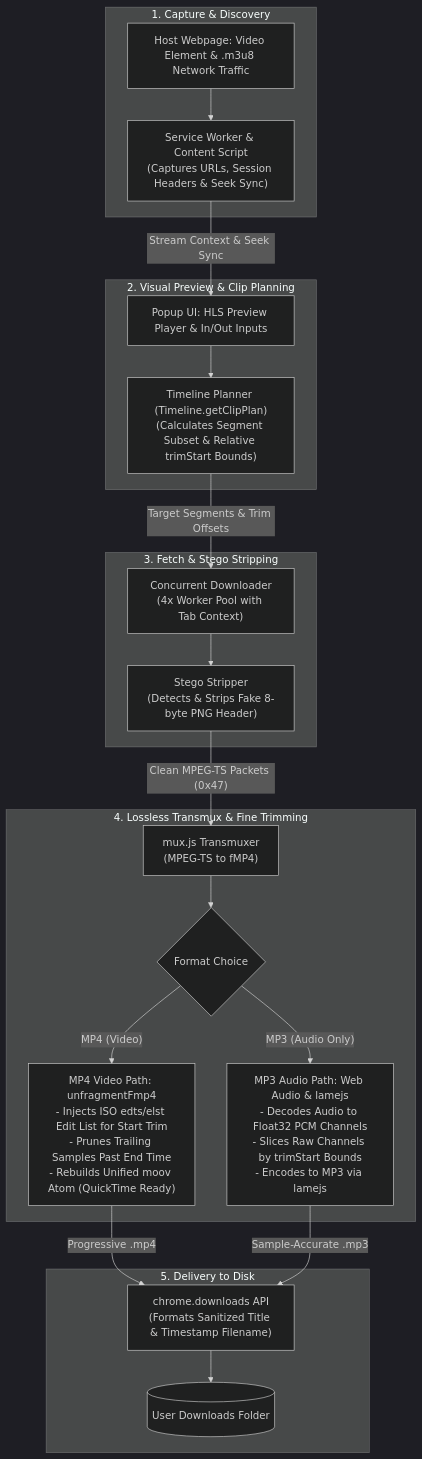
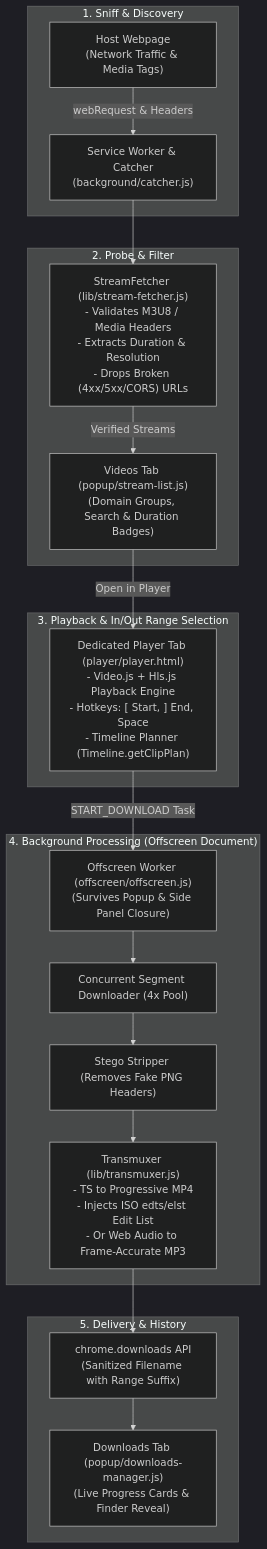
One commit to dev-ansung/stream-snip changed the diagram in README.md. Above: the diagram before and after it, drawn with Mermaid (dark theme). The commit also changed other lines of this file, not shown here.

Commit message:
docs: update README with dedicated player, offscreen processing, and stream probing

````diff
--- a/README.md
+++ b/README.md
@@ -40,61 +48,54 @@
 ```mermaid
 flowchart TD
     %% ==========================================
     %% 1. CAPTURE & DISCOVERY
     %% ==========================================
-    subgraph Step1 ["1. Capture & Discovery"]
-        Host["Host Webpage: Video Element & .m3u8 Network Traffic"]
-        Sniff["Service Worker & Content Script\n(Captures URLs, Session Headers & Seek Sync)"]
-        Host --> Sniff
+    subgraph Step1 ["1. Sniff & Discovery"]
+        Host["Host Webpage\n(Network Traffic & Media Tags)"]
+        SW["Service Worker & Catcher\n(background/catcher.js)"]
+        Host -->|"webRequest & Headers"| SW
     end
 
     %% ==========================================
-    %% 2. VISUAL PREVIEW & CLIP PLANNING
+    %% 2. PROBE & STREAM SELECTION
     %% ==========================================
-    subgraph Step2 ["2. Visual Preview & Clip Planning"]
-        Preview["Popup UI: HLS Preview Player & In/Out Inputs"]
-        Planner["Timeline Planner (Timeline.getClipPlan)\n(Calculates Segment Subset & Relative trimStart Bounds)"]
-        Preview --> Planner
+    subgraph Step2 ["2. Probe & Filter"]
+        Fetcher["StreamFetcher (lib/stream-fetcher.js)\n- Validates M3U8 / Media Headers\n- Extracts Duration & Resolution\n- Drops Broken (4xx/5xx/CORS) URLs"]
+        Popup["Videos Tab (popup/stream-list.js)\n(Domain Groups, Search & Duration Badges)"]
+        SW --> Fetcher
+        Fetcher -->|"Verified Streams"| Popup
     end
 
     %% ==========================================
-    %% 3. FETCH & STEGO STRIPPING
+    %% 3. VIDEO.JS PLAYER & CLIPPING
     %% ==========================================
-    subgraph Step3 ["3. Fetch & Stego Stripping"]
-        Fetch["Concurrent Downloader\n(4x Worker Pool with Tab Context)"]
-        Strip["Stego Stripper\n(Detects & Strips Fake 8-byte PNG Header)"]
-        Fetch --> Strip
+    subgraph Step3 ["3. Playback & In/Out Range Selection"]
+        Player["Dedicated Player Tab (player/player.html)\n- Video.js + Hls.js Playback Engine\n- Hotkeys: [ Start, ] End, Space\n- Timeline Planner (Timeline.getClipPlan)"]
+        Popup -->|"Open in Player"| Player
     end
 
     %% ==========================================
-    %% 4. TRANSMUX & FINE TRIMMING
+    %% 4. OFFSCREEN BACKGROUND DOWNLOAD
     %% ==========================================
-    subgraph Step4 ["4. Lossless Transmux & Fine Trimming"]
-        Remux["mux.js Transmuxer\n(MPEG-TS to fMP4)"]
-        Decision{"Format Choice"}
+    subgraph Step4 ["4. Background Processing (Offscreen Document)"]
+        Offscreen["Offscreen Worker (offscreen/offscreen.js)\n(Survives Popup & Side Panel Closure)"]
+        FetchPool["Concurrent Segment Downloader (4x Pool)"]
+        Strip["Stego Stripper (Removes Fake PNG Headers)"]
+        Remux["Transmuxer (lib/transmuxer.js)\n- TS to Progressive MP4\n- Injects ISO edts/elst Edit List\n- Or Web Audio to Frame-Accurate MP3"]
 
-        MP4Path["MP4 Video Path: unfragmentFmp4\n- Injects ISO edts/elst Edit List for Start Trim\n- Prunes Trailing Samples Past End Time\n- Rebuilds Unified moov Atom (QuickTime Ready)"]
-
-        MP3Path["MP3 Audio Path: Web Audio & lamejs\n- Decodes Audio to Float32 PCM Channels\n- Slices Raw Channels by trimStart Bounds\n- Encodes to MP3 via lamejs"]
-
-        Remux --> Decision
-        Decision -->|"MP4 (Video)"| MP4Path
-        Decision -->|"MP3 (Audio Only)"| MP3Path
+        Player -->|"START_DOWNLOAD Task"| Offscreen
+        Offscreen --> FetchPool
+        FetchPool --> Strip
+        Strip --> Remux
     end
 
     %% ==========================================
-    %% 5. DELIVERY TO DISK
+    %% 5. DELIVERY & MANAGEMENT
     %% ==========================================
-    subgraph Step5 ["5. Delivery to Disk"]
-        Save["chrome.downloads API\n(Formats Sanitized Title & Timestamp Filename)"]
-        Disk[("User Downloads Folder")]
-        Save --> Disk
+    subgraph Step5 ["5. Delivery & History"]
+        Save["chrome.downloads API\n(Sanitized Filename with Range Suffix)"]
+        DownloadsTab["Downloads Tab (popup/downloads-manager.js)\n(Live Progress Cards & Finder Reveal)"]
+        Remux --> Save
+        Save --> DownloadsTab
     end
-
-    %% Inter-stage connections flowing strictly downward
-    Sniff -->|"Stream Context & Seek Sync"| Preview
-    Planner -->|"Target Segments & Trim Offsets"| Fetch
-    Strip -->|"Clean MPEG-TS Packets (0x47)"| Remux
-    MP4Path -->|"Progressive .mp4"| Save
-    MP3Path -->|"Sample-Accurate .mp3"| Save
 ```
````
